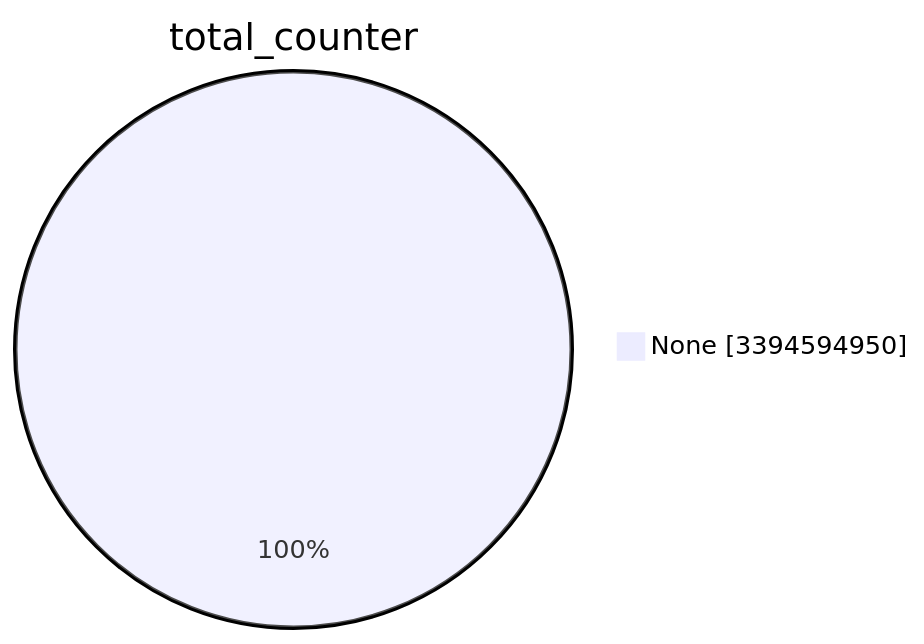
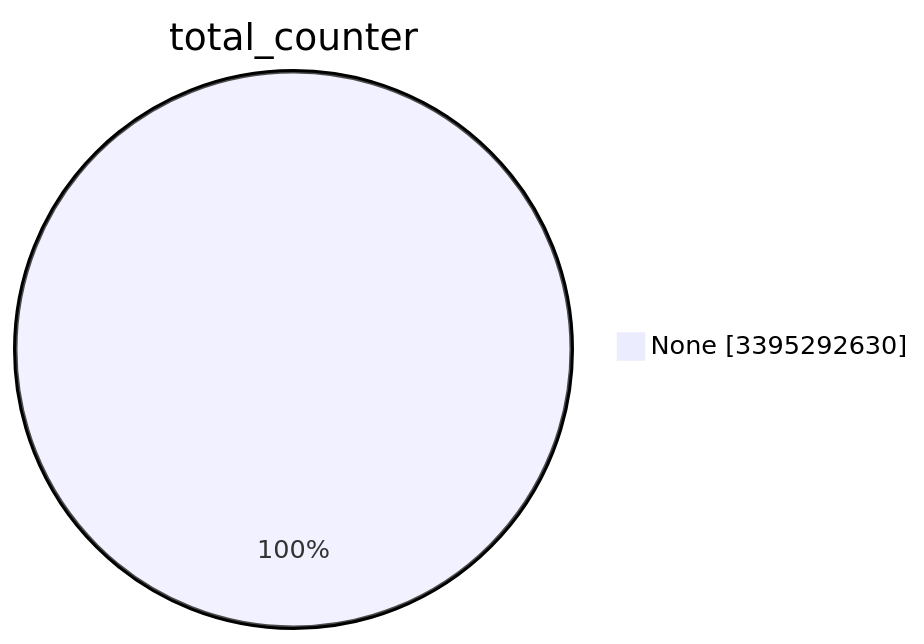
The first of 15 diagrams in TOTAL/README.md (christiankrug/ctmonitor_visualization), drawn with Mermaid before and after one commit. The commit also changed other lines of this file, not shown here.

````diff
--- a/TOTAL/README.md
+++ b/TOTAL/README.md
@@ -1,5 +1,5 @@
 ```mermaid
 pie showData
 title total_counter
-"None" :3394594950
+"None" :3395292630
 ```
````
